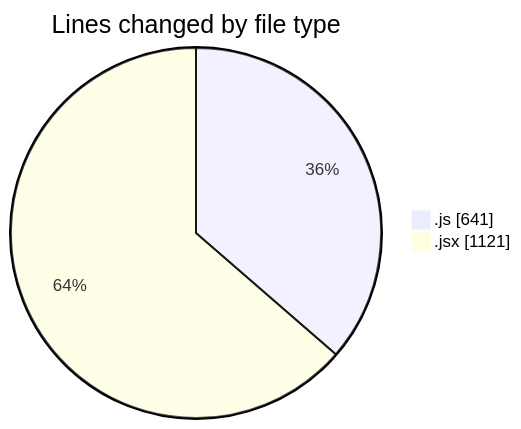
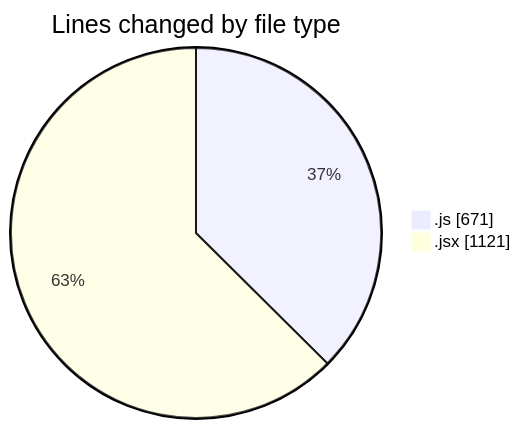
One commit to nxtqubesakshisongat/code-tracking changed the first of 2 diagrams in 2025-07-02/argos/README.md. Above: the diagram before and after it, drawn with Mermaid. The commit also changed other lines of this file and 1 other file, not shown here.

````diff
--- a/2025-07-02/argos/README.md
+++ b/2025-07-02/argos/README.md
@@ -24,6 +24,6 @@
 ```mermaid
 pie showData
 title Lines changed by file type
-".js" : 641
+".js" : 671
 ".jsx" : 1121
 ```
````
